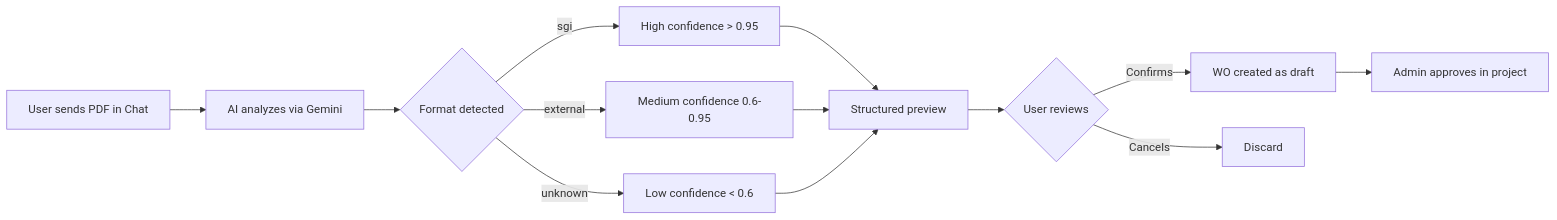
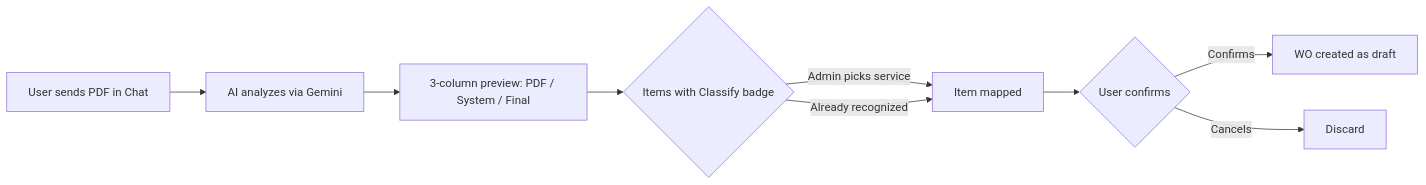
Before and after one commit to RafaelWinders/guia-do-usuario: the first of 2 diagrams in docs/work-order-en.md, drawn with Mermaid. The commit also changed other lines of this file and 15 other files, not shown here.

````diff
--- a/docs/work-order-en.md
+++ b/docs/work-order-en.md
@@ -66,15 +65,11 @@
 ```mermaid
 flowchart LR
     A[User sends PDF in Chat] --> B[AI analyzes via Gemini]
-    B --> C{Format detected}
-    C -->|sgi| D[High confidence > 0.95]
-    C -->|external| E[Medium confidence 0.6-0.95]
-    C -->|unknown| F[Low confidence < 0.6]
-    D --> G[Structured preview]
-    E --> G
-    F --> G
-    G --> H{User reviews}
-    H -->|Confirms| I[WO created as draft]
-    H -->|Cancels| J[Discard]
-    I --> K[Admin approves in project]
+    B --> C[3-column preview: PDF / System / Final]
+    C --> D{Items with Classify badge}
+    D -->|Admin picks service| E[Item mapped]
+    D -->|Already recognized| E
+    E --> F{User confirms}
+    F -->|Confirms| G[WO created as draft]
+    F -->|Cancels| H[Discard]
 ```
````
